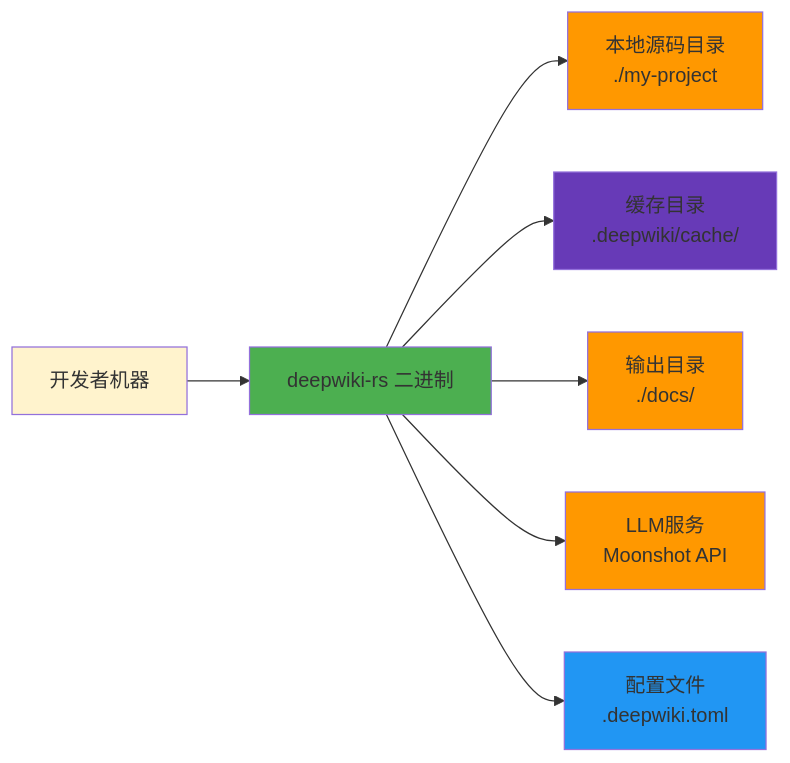
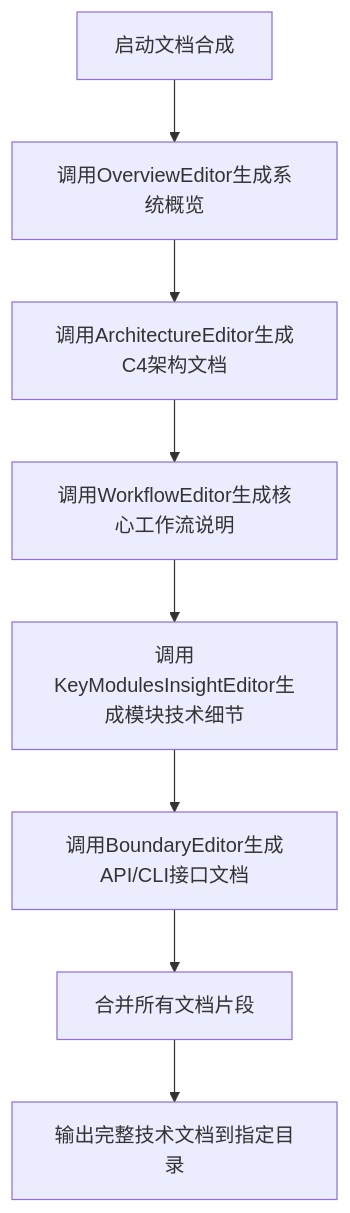
Before and after one commit to BigtoC/deepwiki-rs: the sixth of 7 diagrams in docs/2、架构概览.md, drawn with Mermaid. The commit also changed other lines of this file and 24 other files, not shown here.

````diff
--- a/docs/2、架构概览.md
+++ b/docs/2、架构概览.md
@@ -779,17 +380,10 @@
 ```mermaid
-graph LR
-    A[开发者机器] --> B[deepwiki-rs 二进制]
-    B --> C[本地源码目录<br>./my-project]
-    B --> D[缓存目录<br>.deepwiki/cache/]
-    B --> E[输出目录<br>./docs/]
-    B --> F[LLM服务<br>Moonshot API]
-    B --> G[配置文件<br>.deepwiki.toml]
-
-    style A fill:#FFF3CD
-    style B fill:#4CAF50
-    style C fill:#FF9800
-    style D fill:#673AB7
-    style E fill:#FF9800
-    style F fill:#FF9800
-    style G fill:#2196F3
+graph TD
+    A[启动文档合成] --> B[调用OverviewEditor生成系统概览]
+    B --> C[调用ArchitectureEditor生成C4架构文档]
+    C --> D[调用WorkflowEditor生成核心工作流说明]
+    D --> E[调用KeyModulesInsightEditor生成模块技术细节]
+    E --> F[调用BoundaryEditor生成API/CLI接口文档]
+    F --> G[合并所有文档片段]
+    G --> H[输出完整技术文档到指定目录]
 ```
````
